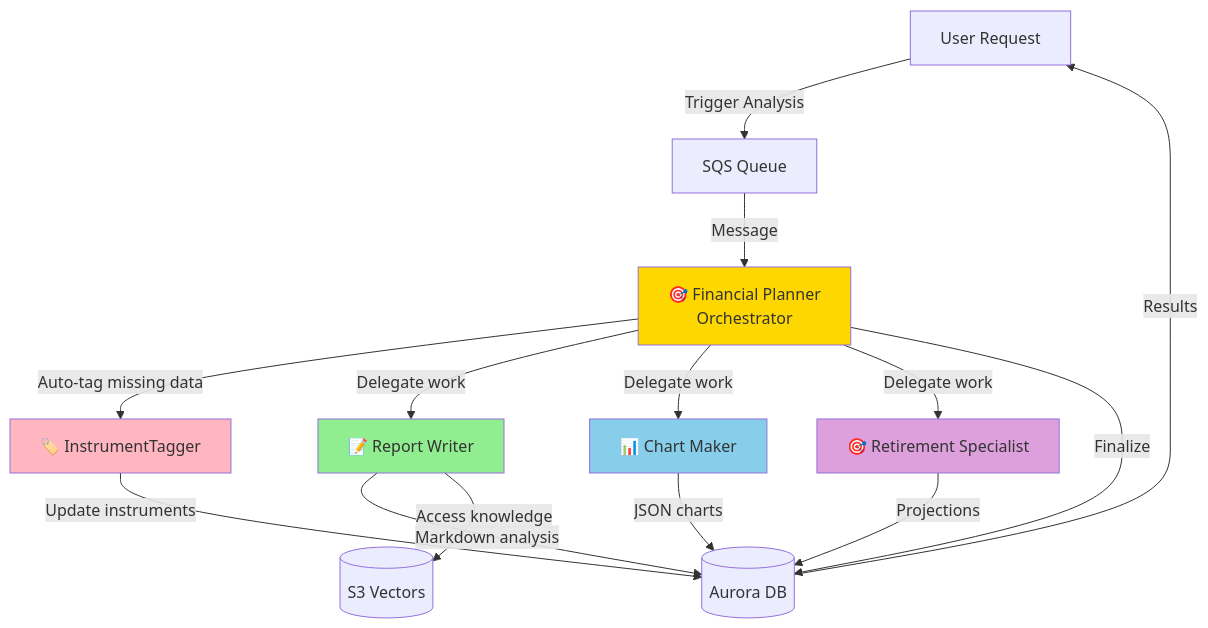
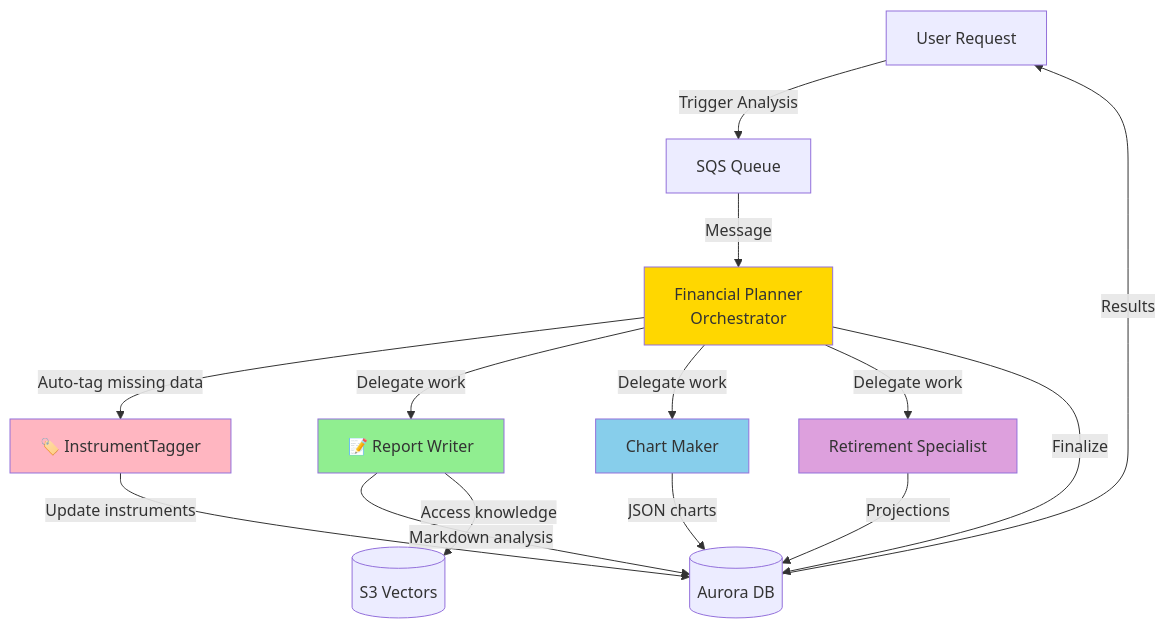
The diagram in guides/6_agents.md (marorafpt/alex), drawn with Mermaid before and after one commit. The commit also changed 38 other files, not shown here.

````diff
--- a/guides/6_agents.md
+++ b/guides/6_agents.md
@@ -25,27 +25,27 @@
 ```mermaid
 graph TB
     User[User Request] -->|Trigger Analysis| SQS[SQS Queue]
-    SQS -->|Message| Planner[🎯 Financial Planner<br/>Orchestrator]
+    SQS -->|Message| Planner[ Financial Planner<br/>Orchestrator]
     
     Planner -->|Auto-tag missing data| Tagger[🏷️ InstrumentTagger]
     Tagger -->|Update instruments| DB[(Aurora DB)]
     
     Planner -->|Delegate work| Reporter[📝 Report Writer]
-    Planner -->|Delegate work| Charter[📊 Chart Maker]
-    Planner -->|Delegate work| Retirement[🎯 Retirement Specialist]
+    Planner -->|Delegate work| Charter[ Chart Maker]
+    Planner -->|Delegate work| Retirement[ Retirement Specialist]
     
     Reporter -->|Markdown analysis| DB
     Charter -->|JSON charts| DB
     Retirement -->|Projections| DB
     
     Reporter -->|Access knowledge| S3V[(S3 Vectors)]
     
     Planner -->|Finalize| DB
     DB -->|Results| User
     
     style Planner fill:#FFD700
     style Reporter fill:#90EE90
     style Charter fill:#87CEEB
     style Retirement fill:#DDA0DD
     style Tagger fill:#FFB6C1
 ```
````
